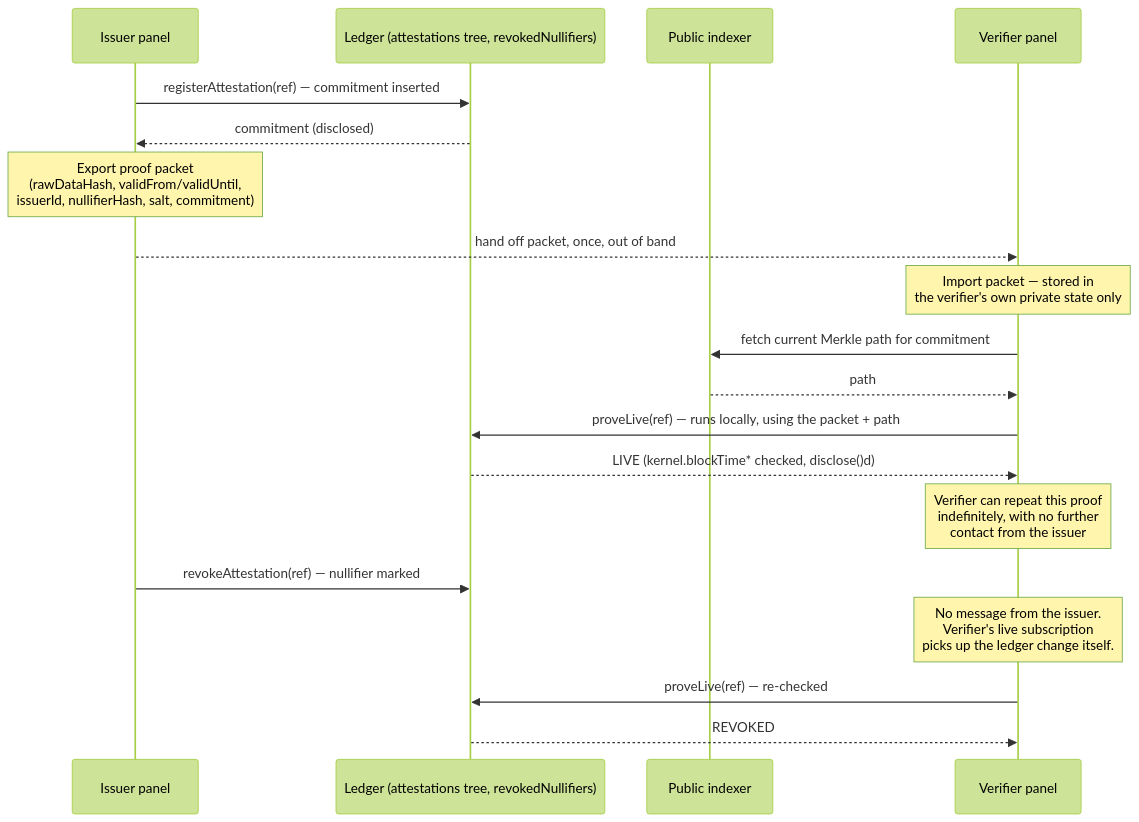
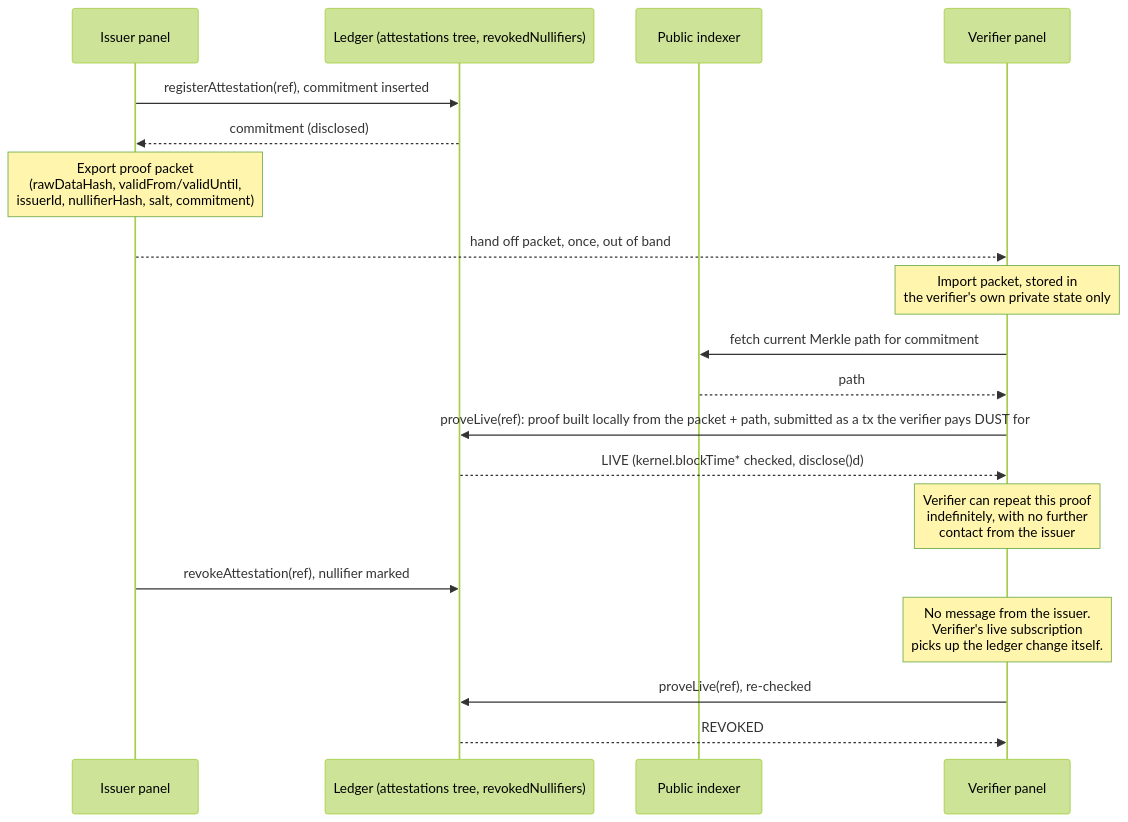
Before and after one commit to ceciliagalvaoo/Attesta: the second of 3 diagrams in website/docs/engineering/architecture.md, drawn with Mermaid (forest theme). The commit also changed other lines of this file and 49 other files, not shown here.

````diff
--- a/website/docs/engineering/architecture.md
+++ b/website/docs/engineering/architecture.md
@@ -54,22 +68,22 @@
 ```mermaid
 sequenceDiagram
     participant I as Issuer panel
     participant L as Ledger (attestations tree, revokedNullifiers)
     participant Ix as Public indexer
     participant V as Verifier panel
 
-    I->>L: registerAttestation(ref) — commitment inserted
+    I->>L: registerAttestation(ref), commitment inserted
     L-->>I: commitment (disclosed)
     Note over I: Export proof packet<br/>(rawDataHash, validFrom/validUntil,<br/>issuerId, nullifierHash, salt, commitment)
     I-->>V: hand off packet, once, out of band
-    Note over V: Import packet — stored in<br/>the verifier's own private state only
+    Note over V: Import packet, stored in<br/>the verifier's own private state only
     V->>Ix: fetch current Merkle path for commitment
     Ix-->>V: path
-    V->>L: proveLive(ref) — runs locally, using the packet + path
+    V->>L: proveLive(ref): proof built locally from the packet + path, submitted as a tx the verifier pays DUST for
     L-->>V: LIVE (kernel.blockTime* checked, disclose()d)
     Note over V: Verifier can repeat this proof<br/>indefinitely, with no further<br/>contact from the issuer
-    I->>L: revokeAttestation(ref) — nullifier marked
+    I->>L: revokeAttestation(ref), nullifier marked
     Note over V: No message from the issuer.<br/>Verifier's live subscription<br/>picks up the ledger change itself.
-    V->>L: proveLive(ref) — re-checked
+    V->>L: proveLive(ref), re-checked
     L-->>V: REVOKED
 ```
````
